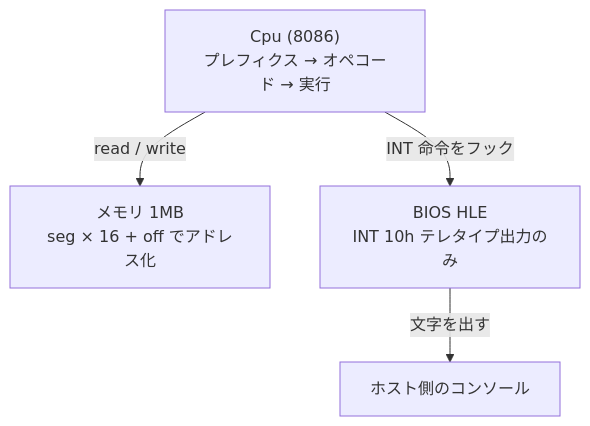
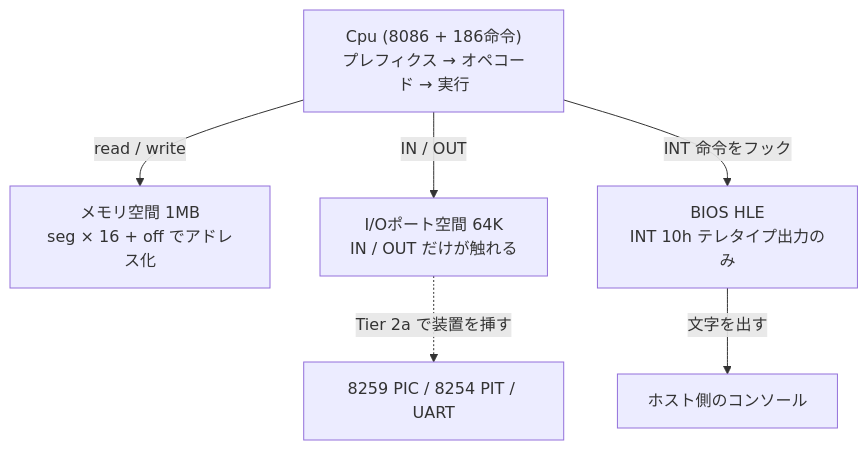
One commit to yoshiharu-ishii/rustx86 changed the first of 5 diagrams in docs/architecture.md. Above: the diagram before and after it, drawn with Mermaid. The commit also changed other lines of this file and 8 other files, not shown here.

````diff
--- a/docs/architecture.md
+++ b/docs/architecture.md
@@ -10,9 +10,12 @@
 ```mermaid
 flowchart TB
-    CPU["Cpu (8086)<br>プレフィクス → オペコード → 実行"]
-    MEM["メモリ 1MB<br>seg × 16 + off でアドレス化"]
+    CPU["Cpu (8086 + 186命令)<br>プレフィクス → オペコード → 実行"]
+    MEM["メモリ空間 1MB<br>seg × 16 + off でアドレス化"]
+    PORT["I/Oポート空間 64K<br>IN / OUT だけが触れる"]
     BIOS["BIOS HLE<br>INT 10h テレタイプ出力のみ"]
     CPU -->|"read / write"| MEM
+    CPU -->|"IN / OUT"| PORT
     CPU -->|"INT 命令をフック"| BIOS
     BIOS -->|"文字を出す"| HOST["ホスト側のコンソール"]
+    PORT -.->|"Tier 2a で装置を挿す"| DEV["8259 PIC / 8254 PIT / UART"]
 ```
````
